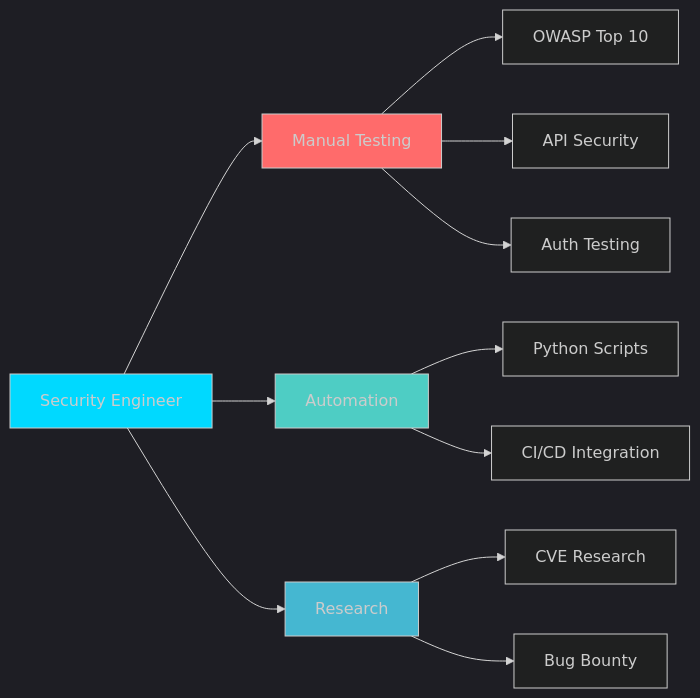
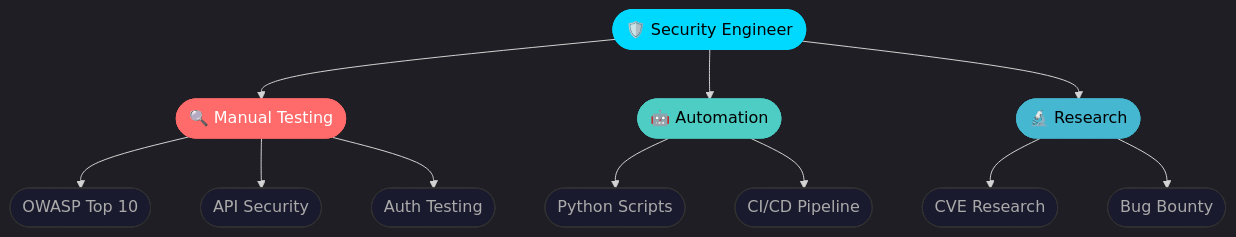
The third of 3 diagrams in README.md (ChetanBiranje/chetanbiranje), drawn with Mermaid before and after one commit. The commit also changed other lines of this file, not shown here.

````diff
--- a/README.md
+++ b/README.md
@@ -596,19 +397,21 @@
 ```mermaid
 %%{init: {'theme':'dark'}}%%
-graph LR
-    A[Security Engineer] --> B[Manual Testing]
-    A --> C[Automation]
-    A --> D[Research]
-    B --> E[OWASP Top 10]
-    B --> F[API Security]
-    B --> G[Auth Testing]
-    C --> H[Python Scripts]
-    C --> I[CI/CD Integration]
-    D --> J[CVE Research]
-    D --> K[Bug Bounty]
-    
-    style A fill:#00d9ff
-    style B fill:#ff6b6b
-    style C fill:#4ecdc4
-    style D fill:#45b7d1
+graph TD
+    A(["🛡️ Security Engineer"]):::main
+    A --> B(["🔍 Manual Testing"]):::red
+    A --> C(["🤖 Automation"]):::teal
+    A --> D(["🔬 Research"]):::blue
+    B --> E(["OWASP Top 10"]):::sub
+    B --> F(["API Security"]):::sub
+    B --> G(["Auth Testing"]):::sub
+    C --> H(["Python Scripts"]):::sub
+    C --> I(["CI/CD Pipeline"]):::sub
+    D --> J(["CVE Research"]):::sub
+    D --> K(["Bug Bounty"]):::sub
+
+    classDef main fill:#00d9ff,color:#000,stroke:#00d9ff,stroke-width:2px
+    classDef red fill:#ff6b6b,color:#fff,stroke:#ff6b6b
+    classDef teal fill:#4ecdc4,color:#000,stroke:#4ecdc4
+    classDef blue fill:#45b7d1,color:#000,stroke:#45b7d1
+    classDef sub fill:#1a1a2e,color:#aaa,stroke:#333
 ```
````
